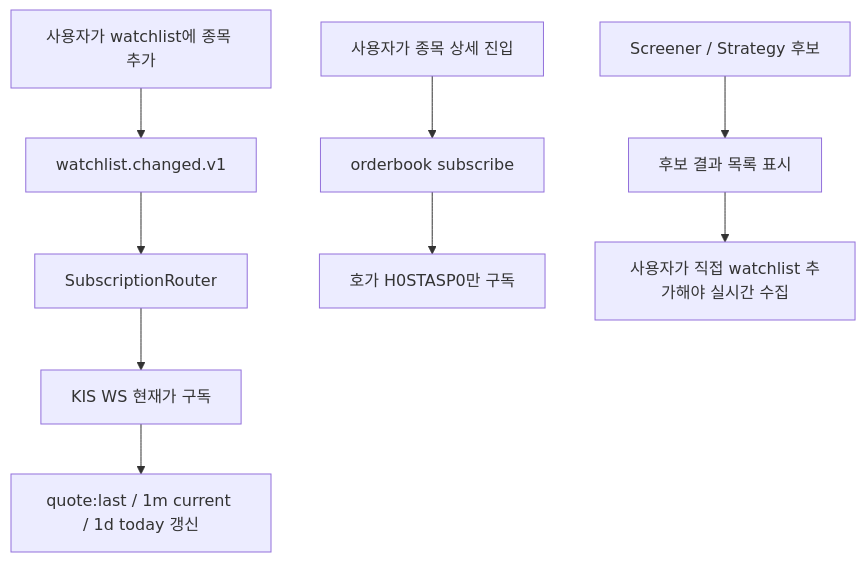
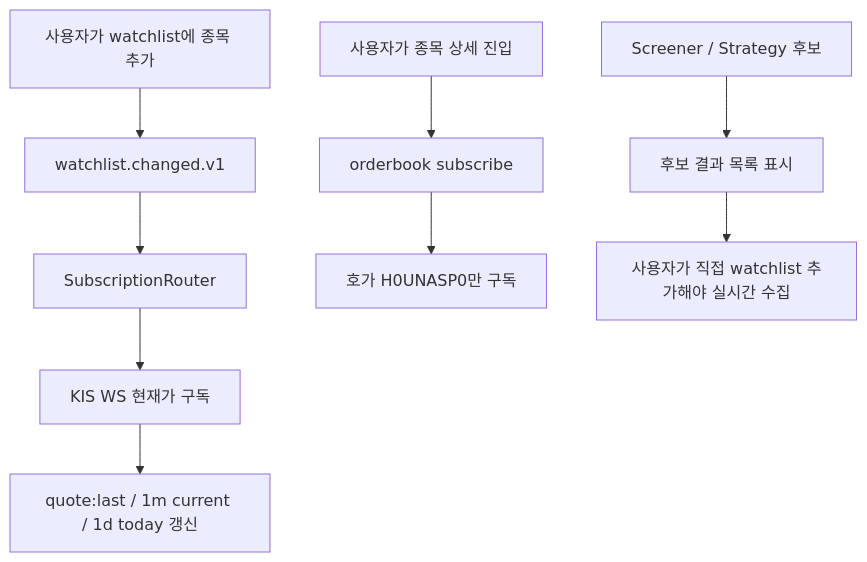
The first of 4 diagrams in docs/architecture/candle-data-policy-v2.md (sp-daewoon/magicJar), drawn with Mermaid before and after one commit. The commit also changed other lines of this file and 36 other files, not shown here.

````diff
--- a/docs/architecture/candle-data-policy-v2.md
+++ b/docs/architecture/candle-data-policy-v2.md
@@ -163,13 +164,13 @@
 ```mermaid
 flowchart TD
     A["사용자가 watchlist에 종목 추가"] --> B["watchlist.changed.v1"]
     B --> C["SubscriptionRouter"]
     C --> D["KIS WS 현재가 구독"]
     D --> E["quote:last / 1m current / 1d today 갱신"]
 
     X["사용자가 종목 상세 진입"] --> Y["orderbook subscribe"]
-    Y --> Z["호가 H0STASP0만 구독"]
+    Y --> Z["호가 H0UNASP0만 구독"]
 
     S["Screener / Strategy 후보"] --> T["후보 결과 목록 표시"]
     T --> U["사용자가 직접 watchlist 추가해야 실시간 수집"]
 ```
````
